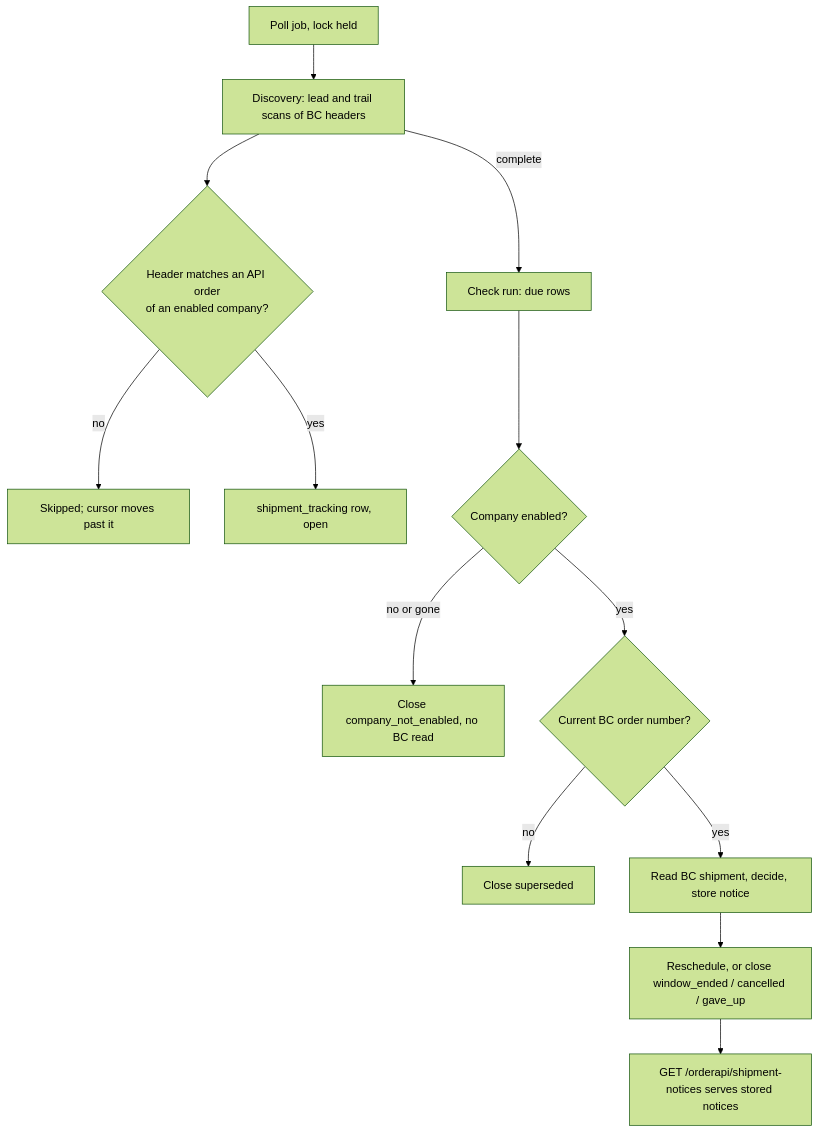
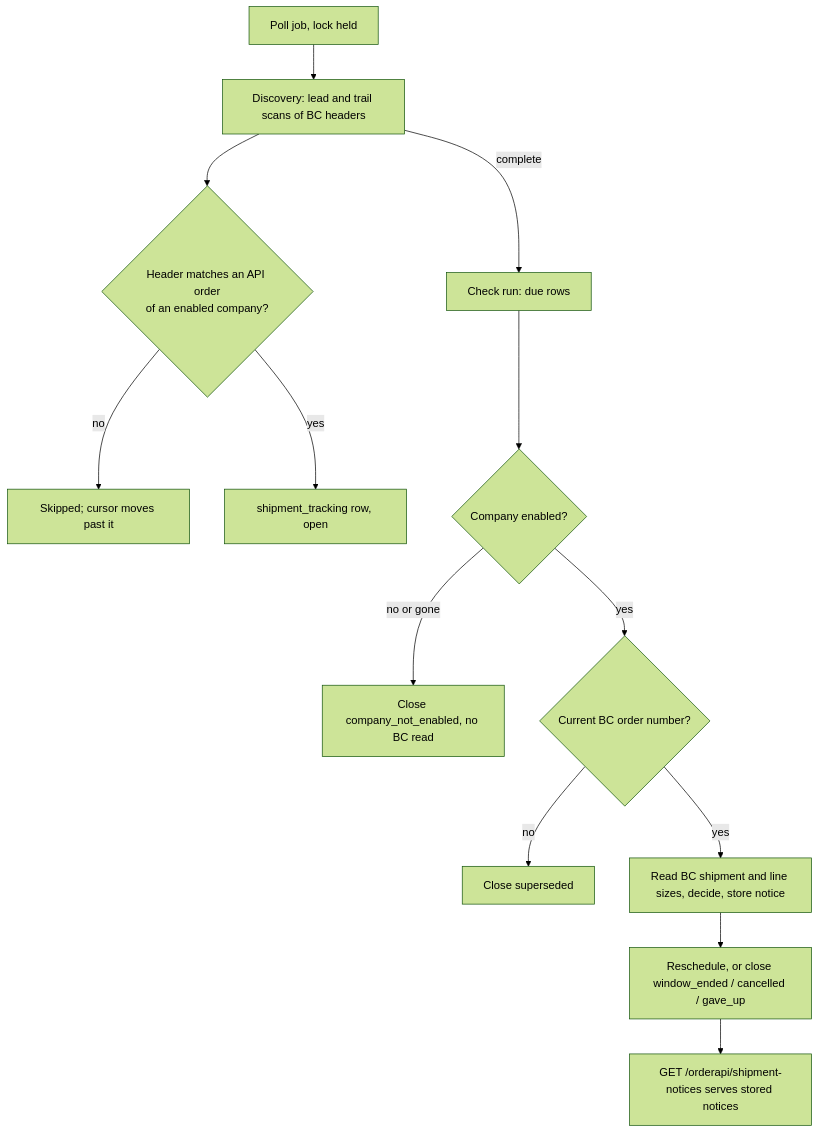
Before and after one commit to AlphaSolutionsA-S/nimbusnordic-medusab2b: the diagram in docs/architecture/order-api/shipment-notices.md, drawn with Mermaid (forest theme). The commit also changed other lines of this file and 8 other files, not shown here.

First line of the commit message:
NIMBUS-241: Add size schemas, examples and release note; update doc

````diff
--- a/docs/architecture/order-api/shipment-notices.md
+++ b/docs/architecture/order-api/shipment-notices.md
@@ -32,15 +33,15 @@
 ```mermaid
 flowchart TD
   J[Poll job, lock held] --> D[Discovery: lead and trail scans of BC headers]
   D --> M{Header matches an API order<br/>of an enabled company?}
   M -- no --> S[Skipped; cursor moves past it]
   M -- yes --> T[shipment_tracking row, open]
   D -- complete --> C[Check run: due rows]
   C --> E{Company enabled?}
   E -- no or gone --> X[Close company_not_enabled, no BC read]
   E -- yes --> B{Current BC order number?}
   B -- no --> Y[Close superseded]
-  B -- yes --> R[Read BC shipment, decide, store notice]
+  B -- yes --> R[Read BC shipment and line sizes, decide, store notice]
   R --> N[Reschedule, or close window_ended / cancelled / gave_up]
   N --> G[GET /orderapi/shipment-notices serves stored notices]
 ```
````
